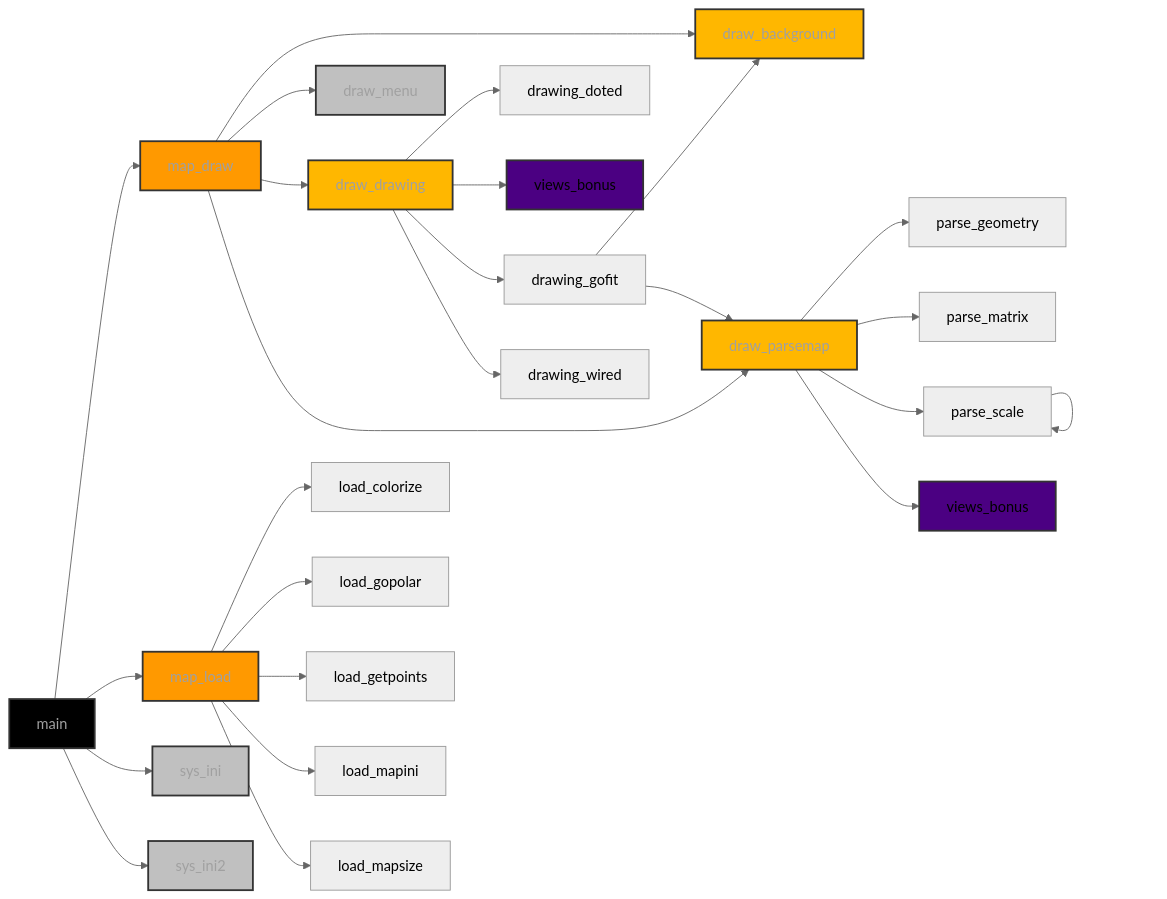
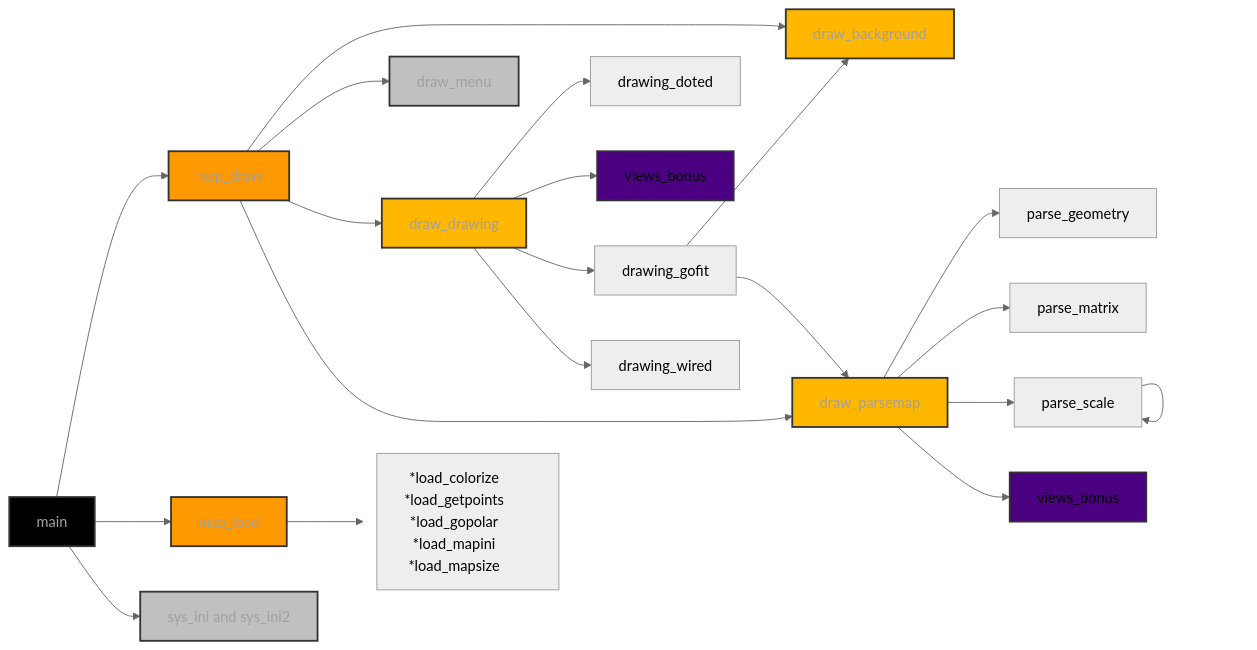
Before and after one commit to diegonmarcos/graphic: the first of 3 diagrams in C2_fdf/1_RM/doc/doc.md, drawn with Mermaid (neutral theme).

````diff
--- a/C2_fdf/1_RM/doc/doc.md
+++ b/C2_fdf/1_RM/doc/doc.md
@@ -13,56 +13,53 @@
 ``` mermaid
 flowchart LR
 classDef black fill:#000,stroke:#333,stroke-width:2px,color:#a0a0a0;
 classDef silver fill:#c0c0c0,stroke:#333,stroke-width:2px, color:#a0a0a0;
 classDef red fill:#a52a2a,stroke:#333,stroke-width:2px;
 classDef orange1 fill:#f90,stroke:#333,stroke-width:2px,color:#a0a0a0;
 classDef orange2 fill:#ffa700,stroke:#333,stroke-width:2px,color:#a0a0a0;
 classDef yellow1 fill:#ffb700,stroke:#333,stroke-width:2px,color:#a0a0a0;
 classDef yellow2 fill:#ffd700,stroke:#333,stroke-width:2px,color:#a0a0a0;
 classDef gold fill:#fff700,stroke:#333,stroke-width:2px,color:#a0a0a0;
 
 classDef blue fill:#bbf,stroke:#333,stroke-width:2px,color:#a0a0a0;
 classDef green fill:#bfb,stroke:#333,stroke-width:2px;
 classDef green1 fill:#ffb,stroke:#333,stroke-width:2px,color:#a0a0a0;
 classDef purple fill:#d0b,stroke:#333,stroke-width:2px;
 
 classDef indigo fill:#4b0082,stroke:#333,stroke-width:2px;
 
     Node000001["main"] --> Node000002["map_draw"]
     Node000001 --> Node000041["map_load"]
-    Node000001 --> Node000053["sys_ini"]
-    Node000001 --> Node000054["sys_ini2"]
+    Node000001 --> Node000053["sys_ini and sys_ini2"]
 
     Node000002 --> Node000003["draw_background"]
     Node000002 --> Node000004["draw_menu"]
     Node000002 --> Node000011["draw_drawing"]
     Node000002 --> Node000020["draw_parsemap"]
     
     Node000011 --> Node000012["drawing_doted"]
     Node000011 --> Node000017["views_bonus"]
     Node000011 --> Node000018["drawing_gofit"]
     Node000011 --> Node000032["drawing_wired"]
     
     Node000018 --> Node000003
     Node000018 --> Node000020
     
     Node000020 --> Node000021["parse_geometry"]
     Node000020 --> Node000022["parse_matrix"]
     Node000020 --> Node000027["parse_scale"]
     Node000020 --> Node000028["views_bonus"]
     
     Node000027 --> Node000027
     
-    Node000041 --> Node000042["load_colorize"]
-    Node000041 --> Node000044["load_gopolar"]
-    Node000041 --> Node000045["load_getpoints"]
-    Node000041 --> Node000050["load_mapini"]
-    Node000041 --> Node000052["load_mapsize"]
+    Node000041 --> Node000042["*load_colorize<br>*load_getpoints<br>*load_gopolar<br>*load_mapini<br>*load_mapsize"]
 	
 	class Node000001 black
 	class Node000053,Node000054,Node000004 silver
 	class Node000002,Node000041 orange1
 	class Node000011,Node000020,Node000003 yellow1
 	
 	class Node000017,Node000028 indigo
+
+	style Node000042 width:200px,height:150px;
 ```
````
